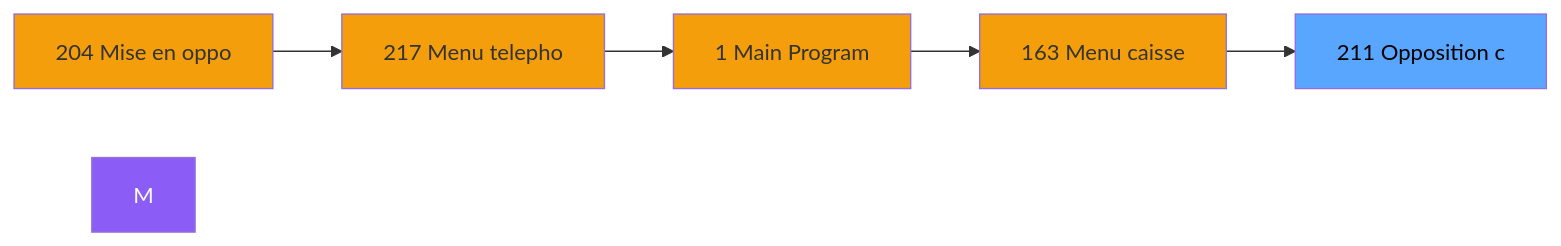
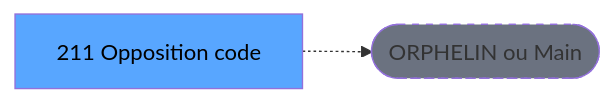
One commit to thonyAGP/lecteur-magic changed the second of 3 diagrams in .openspec/specs/ADH-IDE-211.md. Above: the diagram before and after it, drawn with Mermaid. The commit also changed other lines of this file and 701 other files, not shown here.

````diff
--- a/.openspec/specs/ADH-IDE-211.md
+++ b/.openspec/specs/ADH-IDE-211.md
@@ -117,18 +125,8 @@
 ```mermaid
 graph LR
-    N204[204 Mise en oppo]
-    N217[217 Menu telepho]
-    N1[1 Main Program]
-    N163[163 Menu caisse ]
-    T[211 Opposition c]
-    N204 --> N217
-    N217 --> N1
-    N1 --> N163
-    N163 --> T
-    style M fill:#8b5cf6,color:#fff
-    style N204 fill:#f59e0b
-    style N217 fill:#f59e0b
-    style N1 fill:#f59e0b
-    style N163 fill:#f59e0b
+    T[211 Opposition code]
+    ORPHAN([ORPHELIN ou Main])
+    T -.-> ORPHAN
     style T fill:#58a6ff,color:#000
+    style ORPHAN fill:#6b7280,stroke-dasharray: 5 5
 ```
````
